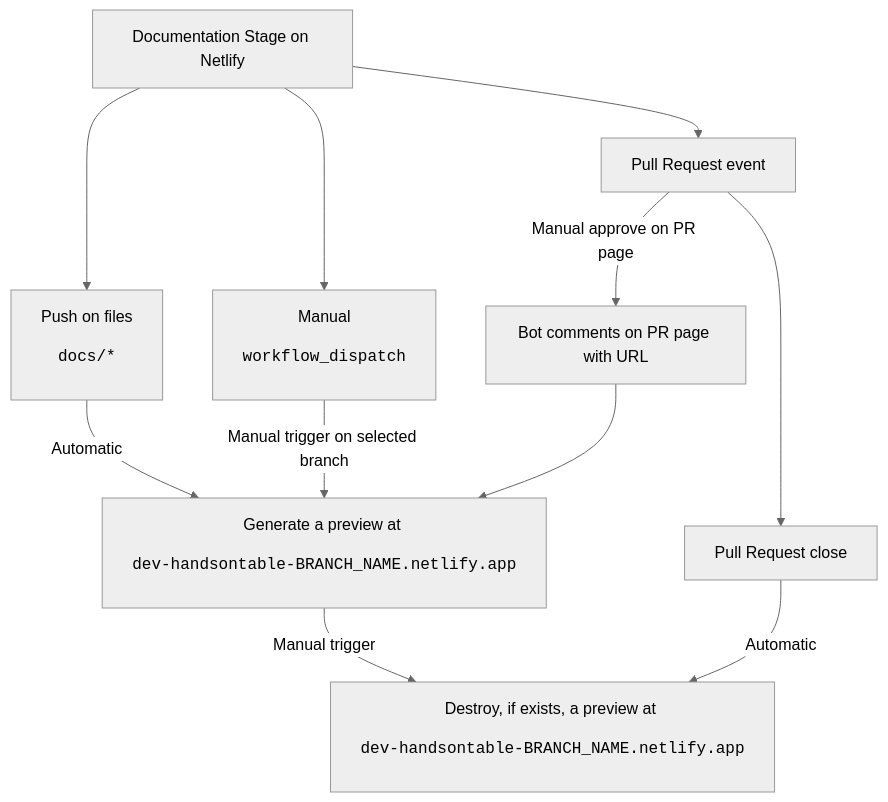
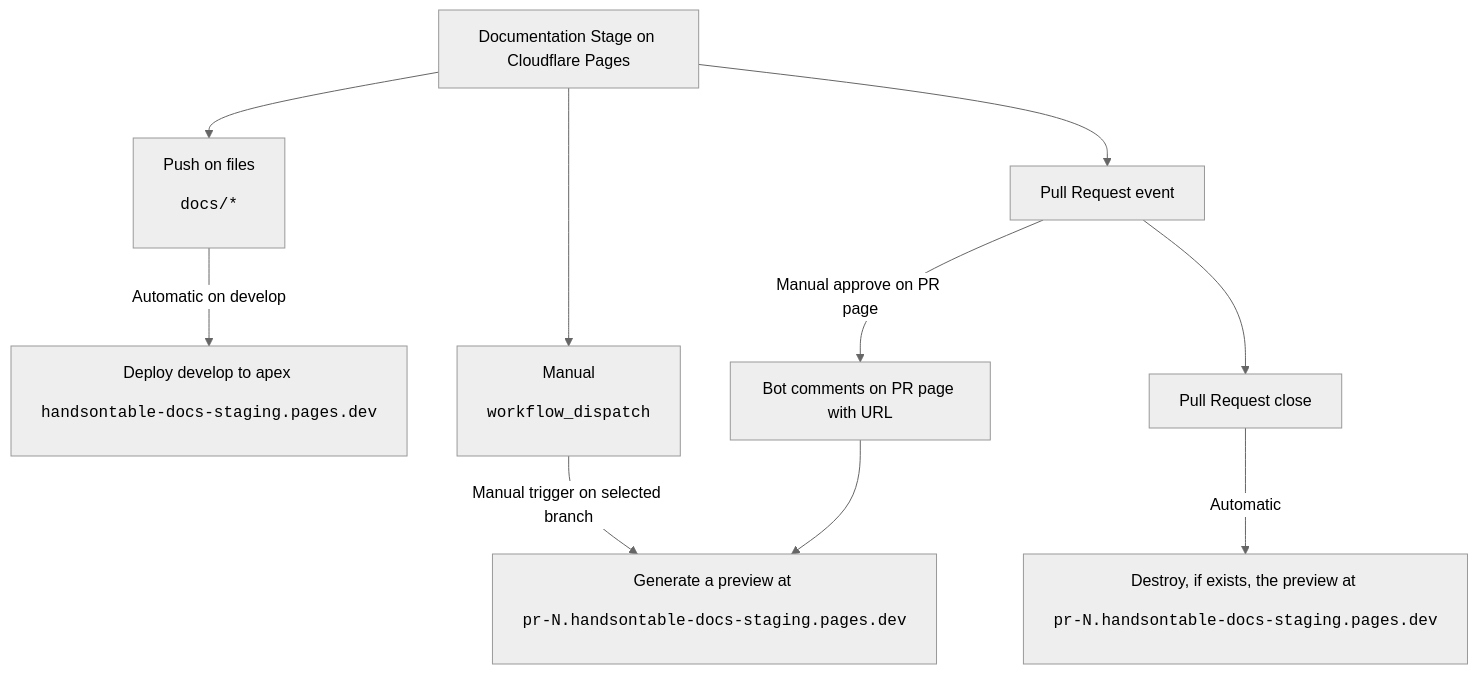
The diagram in docs/README-DEPLOYMENT.md (handsontable/handsontable), drawn with Mermaid (neutral theme) before and after one commit. The commit also changed other lines of this file and 29 other files, not shown here.

Commit message:
ci(docs): migrate production to Cloudflare Pages, remove Netlify setup

````diff
--- a/docs/README-DEPLOYMENT.md
+++ b/docs/README-DEPLOYMENT.md
@@ -31,19 +32,19 @@
 ```mermaid
 flowchart TD
-    Docs[Documentation Stage on Netlify]
+    Docs[Documentation Stage on Cloudflare Pages]
     Push[Push on files <pre>docs/*</pre>]
     Manual[Manual <pre>workflow_dispatch</pre>]
     PullRequest[Pull Request event]
     PullRequestClose[Pull Request close]
-    Generate[Generate a preview at <pre>dev-handsontable-BRANCH_NAME.netlify.app</pre>]
-    Destory[Destroy, if exists, a preview at <pre>dev-handsontable-BRANCH_NAME.netlify.app</pre>]
-    Push -->|Automatic| Generate
-    Manual -->|Manual trigger on selected branch| Generate
-    PullRequest --> |Manual approve on PR page| Comment[Bot comments on PR page with URL]  --> Generate
-    PullRequestClose --> |Automatic| Destory
-    Generate -->|Manual trigger| Destory
+    Apex[Deploy develop to apex <pre>handsontable-docs-staging.pages.dev</pre>]
+    Preview[Generate a preview at <pre>pr-N.handsontable-docs-staging.pages.dev</pre>]
+    Destroy[Destroy, if exists, the preview at <pre>pr-N.handsontable-docs-staging.pages.dev</pre>]
+    Push -->|Automatic on develop| Apex
+    Manual -->|Manual trigger on selected branch| Preview
+    PullRequest --> |Manual approve on PR page| Comment[Bot comments on PR page with URL]  --> Preview
+    PullRequestClose --> |Automatic| Destroy
     Docs --> Push
     Docs --> Manual
     Docs --> PullRequest
     PullRequest --> PullRequestClose
 ```
````
